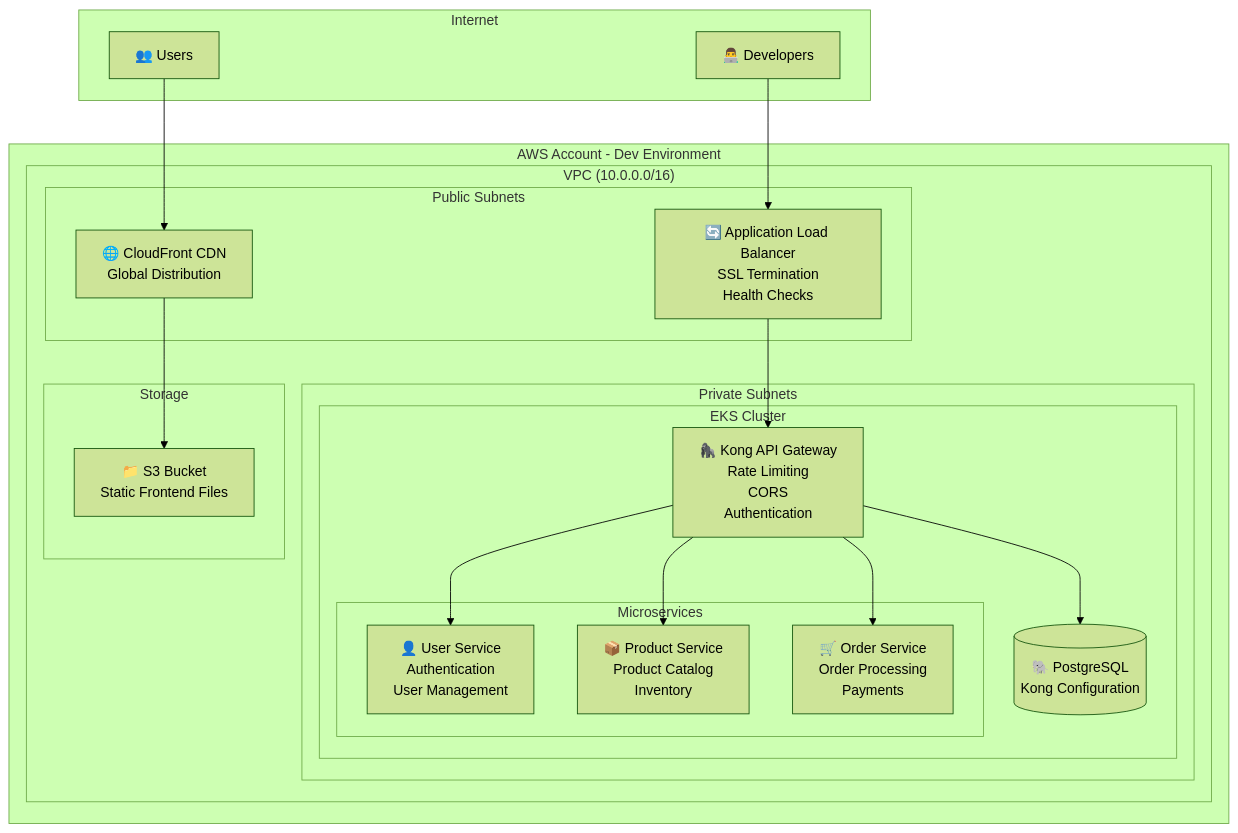
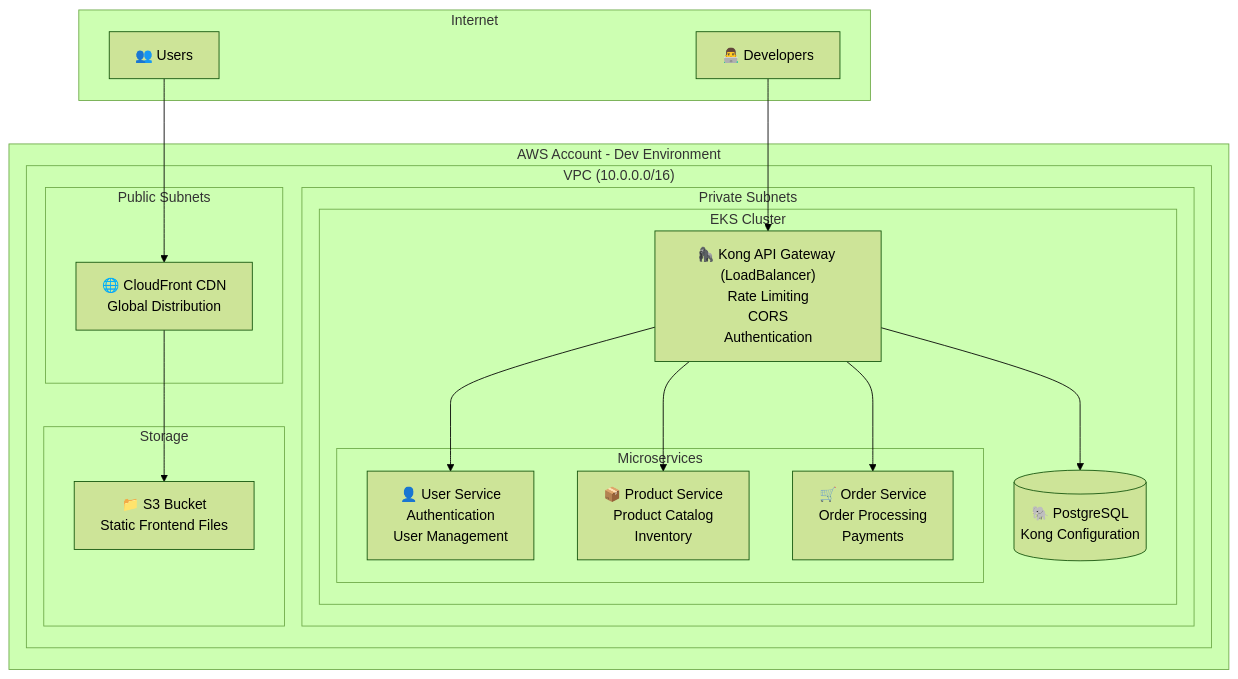
One commit to vishwaraja/farmers-market-infra changed the first of 5 diagrams in README.md. Above: the diagram before and after it, drawn with Mermaid (forest theme). The commit also changed other lines of this file and 5 other files, not shown here.

First line of the commit message:
refactor: Simplify architecture by using Kong as LoadBalancer

````diff
--- a/README.md
+++ b/README.md
@@ -35,41 +35,39 @@
 ```mermaid
 graph TB
     subgraph Internet["Internet"]
         Users["👥 Users"]
         Developers["👨‍💻 Developers"]
     end
     
     subgraph AWS["AWS Account - Dev Environment"]
         subgraph VPC["VPC (10.0.0.0/16)"]
             subgraph Public["Public Subnets"]
-                ALB["🔄 Application Load Balancer<br/>SSL Termination<br/>Health Checks"]
                 CloudFront["🌐 CloudFront CDN<br/>Global Distribution"]
             end
             
             subgraph Private["Private Subnets"]
                 subgraph EKS["EKS Cluster"]
-                    Kong["🦍 Kong API Gateway<br/>Rate Limiting<br/>CORS<br/>Authentication"]
+                    Kong["🦍 Kong API Gateway (LoadBalancer)<br/>Rate Limiting<br/>CORS<br/>Authentication"]
                     subgraph Microservices["Microservices"]
                         UserSvc["👤 User Service<br/>Authentication<br/>User Management"]
                         ProductSvc["📦 Product Service<br/>Product Catalog<br/>Inventory"]
                         OrderSvc["🛒 Order Service<br/>Order Processing<br/>Payments"]
                     end
                     PostgreSQL[("🐘 PostgreSQL<br/>Kong Configuration")]
                 end
             end
             
             subgraph Storage["Storage"]
                 S3["📁 S3 Bucket<br/>Static Frontend Files"]
             end
         end
     end
     
     Users --> CloudFront
-    Developers --> ALB
+    Developers --> Kong
     CloudFront --> S3
-    ALB --> Kong
     Kong --> UserSvc
     Kong --> ProductSvc
     Kong --> OrderSvc
     Kong --> PostgreSQL
 ```
````
